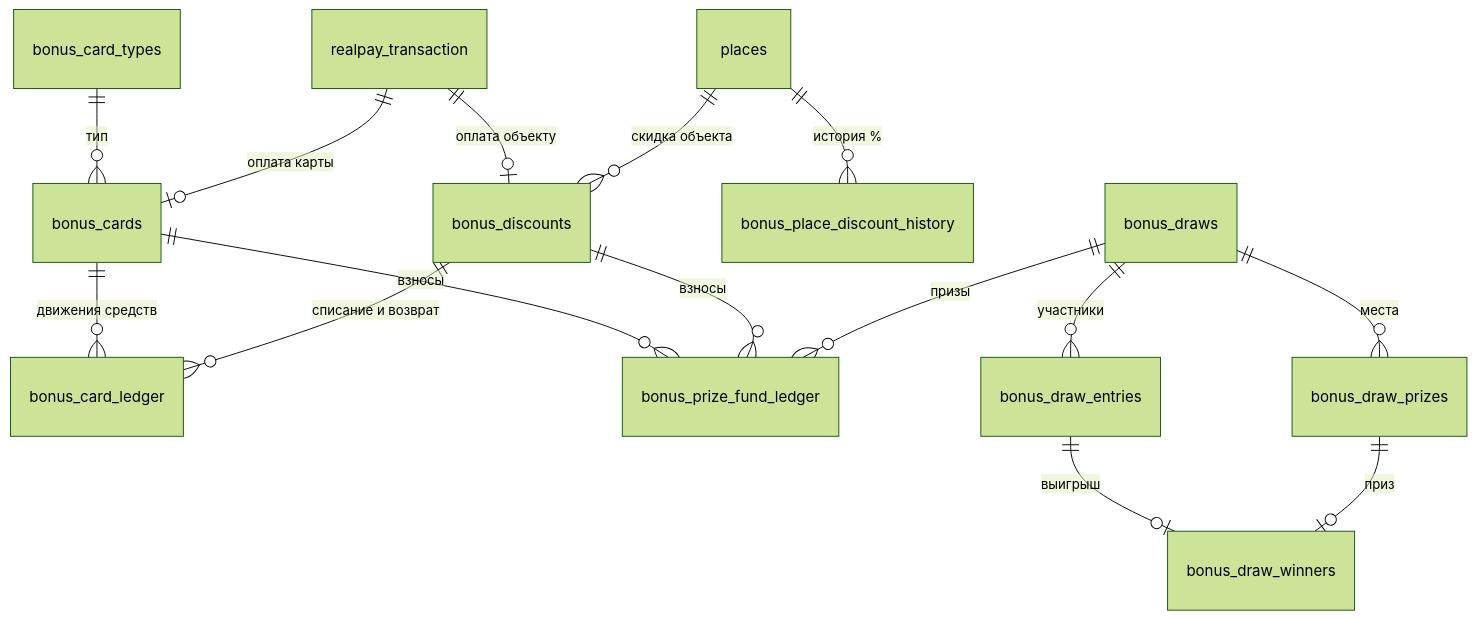
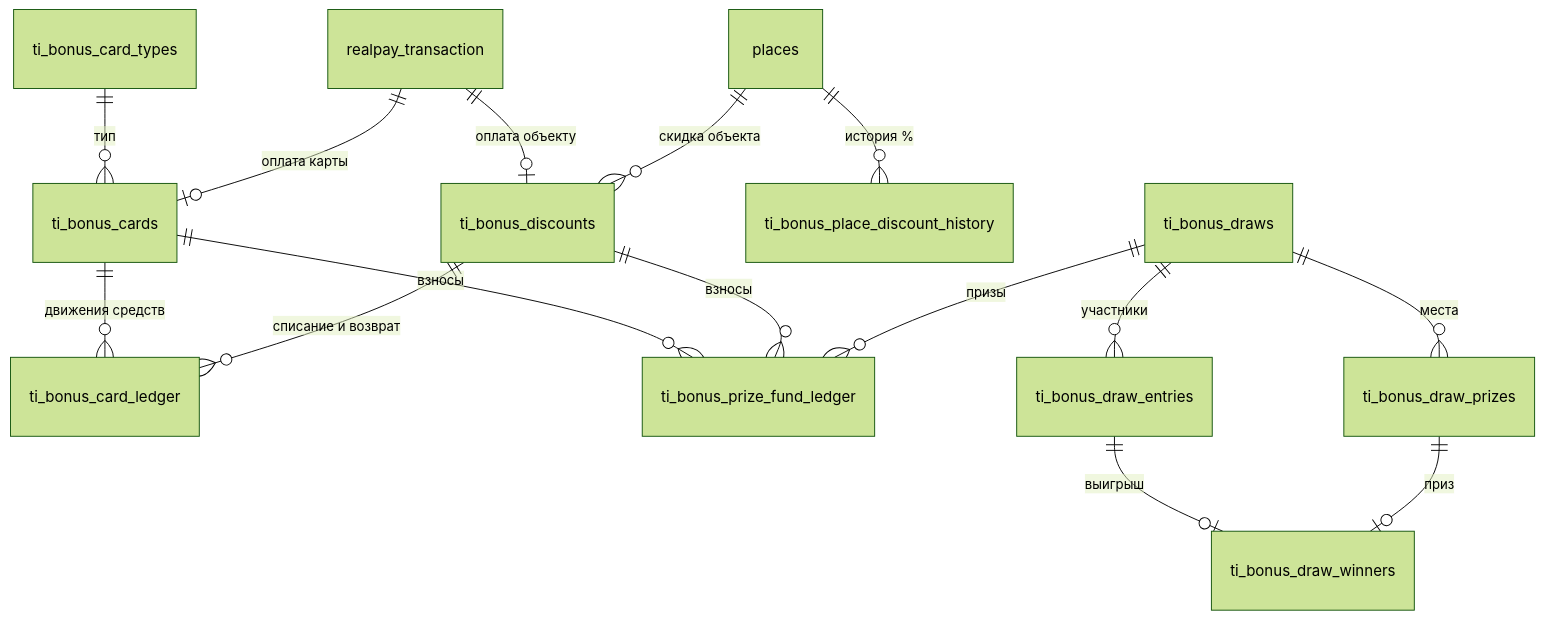
One commit to AOxunov/claude changed the diagram in Работа/EasyTrip-Бонусные-карты/00-Обзор.md. Above: the diagram before and after it, drawn with Mermaid (forest theme). The commit also changed other lines of this file and 5 other files, not shown here.

````diff
--- a/Работа/EasyTrip-Бонусные-карты/00-Обзор.md
+++ b/Работа/EasyTrip-Бонусные-карты/00-Обзор.md
@@ -86,17 +86,17 @@
 ```mermaid
 erDiagram
-    bonus_card_types ||--o{ bonus_cards : "тип"
-    realpay_transaction ||--o| bonus_cards : "оплата карты"
-    realpay_transaction ||--o| bonus_discounts : "оплата объекту"
-    places ||--o{ bonus_discounts : "скидка объекта"
-    places ||--o{ bonus_place_discount_history : "история %"
-    bonus_cards ||--o{ bonus_card_ledger : "движения средств"
-    bonus_discounts ||--o{ bonus_card_ledger : "списание и возврат"
-    bonus_cards ||--o{ bonus_prize_fund_ledger : "взносы"
-    bonus_discounts ||--o{ bonus_prize_fund_ledger : "взносы"
-    bonus_draws ||--o{ bonus_prize_fund_ledger : "призы"
-    bonus_draws ||--o{ bonus_draw_prizes : "места"
-    bonus_draws ||--o{ bonus_draw_entries : "участники"
-    bonus_draw_entries ||--o| bonus_draw_winners : "выигрыш"
-    bonus_draw_prizes ||--o| bonus_draw_winners : "приз"
+    ti_bonus_card_types ||--o{ ti_bonus_cards : "тип"
+    realpay_transaction ||--o| ti_bonus_cards : "оплата карты"
+    realpay_transaction ||--o| ti_bonus_discounts : "оплата объекту"
+    places ||--o{ ti_bonus_discounts : "скидка объекта"
+    places ||--o{ ti_bonus_place_discount_history : "история %"
+    ti_bonus_cards ||--o{ ti_bonus_card_ledger : "движения средств"
+    ti_bonus_discounts ||--o{ ti_bonus_card_ledger : "списание и возврат"
+    ti_bonus_cards ||--o{ ti_bonus_prize_fund_ledger : "взносы"
+    ti_bonus_discounts ||--o{ ti_bonus_prize_fund_ledger : "взносы"
+    ti_bonus_draws ||--o{ ti_bonus_prize_fund_ledger : "призы"
+    ti_bonus_draws ||--o{ ti_bonus_draw_prizes : "места"
+    ti_bonus_draws ||--o{ ti_bonus_draw_entries : "участники"
+    ti_bonus_draw_entries ||--o| ti_bonus_draw_winners : "выигрыш"
+    ti_bonus_draw_prizes ||--o| ti_bonus_draw_winners : "приз"
 ```
````
